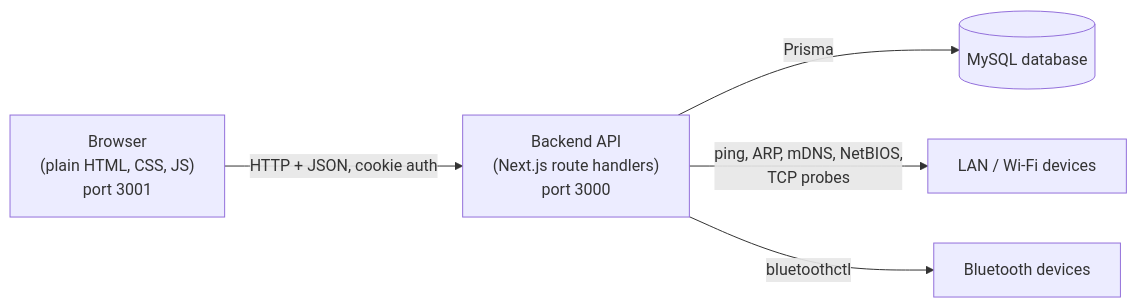
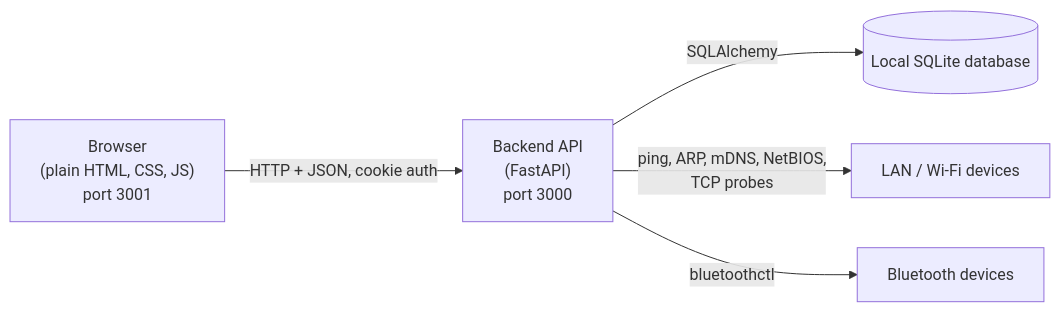
The first of 2 diagrams in documentation/SRS.md (gunnogere/foundation_project_showcheck), drawn with Mermaid before and after one commit. The commit also changed other lines of this file and 1 other file, not shown here.

Commit message:
update .gitignore and SRS documentation for backend changes

````diff
--- a/documentation/SRS.md
+++ b/documentation/SRS.md
@@ -86,7 +86,7 @@
 ```mermaid
 flowchart LR
-    Browser["Browser<br/>(plain HTML, CSS, JS)<br/>port 3001"] -- "HTTP + JSON, cookie auth" --> API["Backend API<br/>(Next.js route handlers)<br/>port 3000"]
-    API -- "Prisma" --> DB[("MySQL database")]
+    Browser["Browser<br/>(plain HTML, CSS, JS)<br/>port 3001"] -- "HTTP + JSON, cookie auth" --> API["Backend API<br/>(FastAPI)<br/>port 3000"]
+    API -- "SQLAlchemy" --> DB[("Local SQLite database")]
     API -- "ping, ARP, mDNS, NetBIOS,<br/>TCP probes" --> LAN["LAN / Wi-Fi devices"]
     API -- "bluetoothctl" --> BT["Bluetooth devices"]
 ```
````
